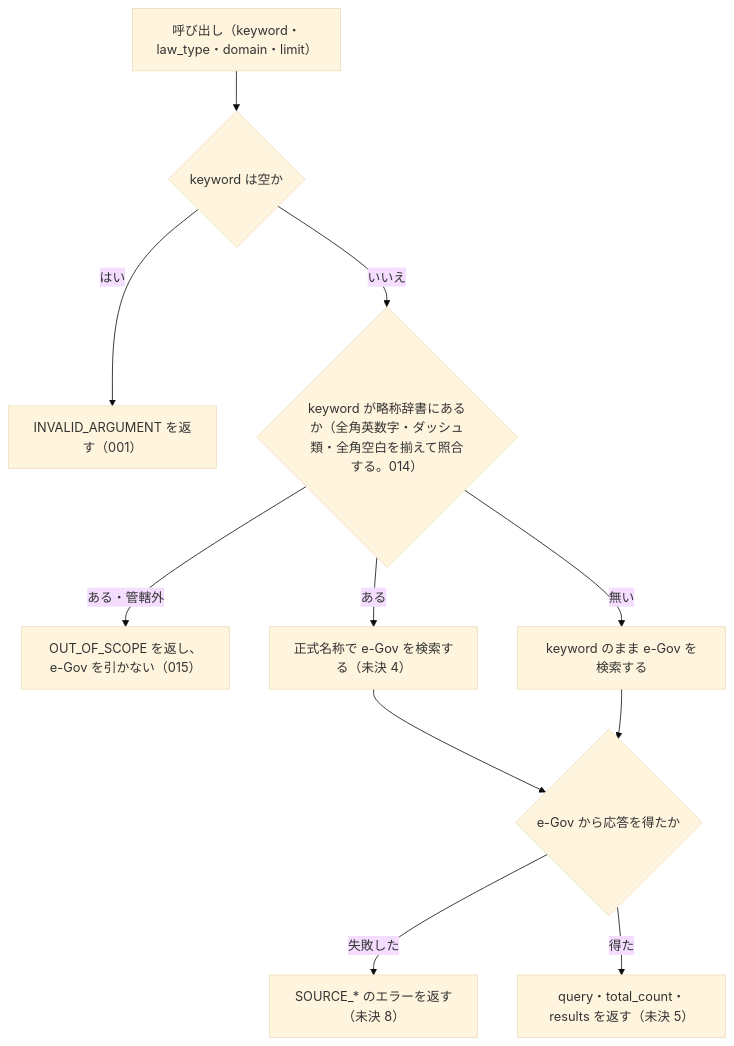
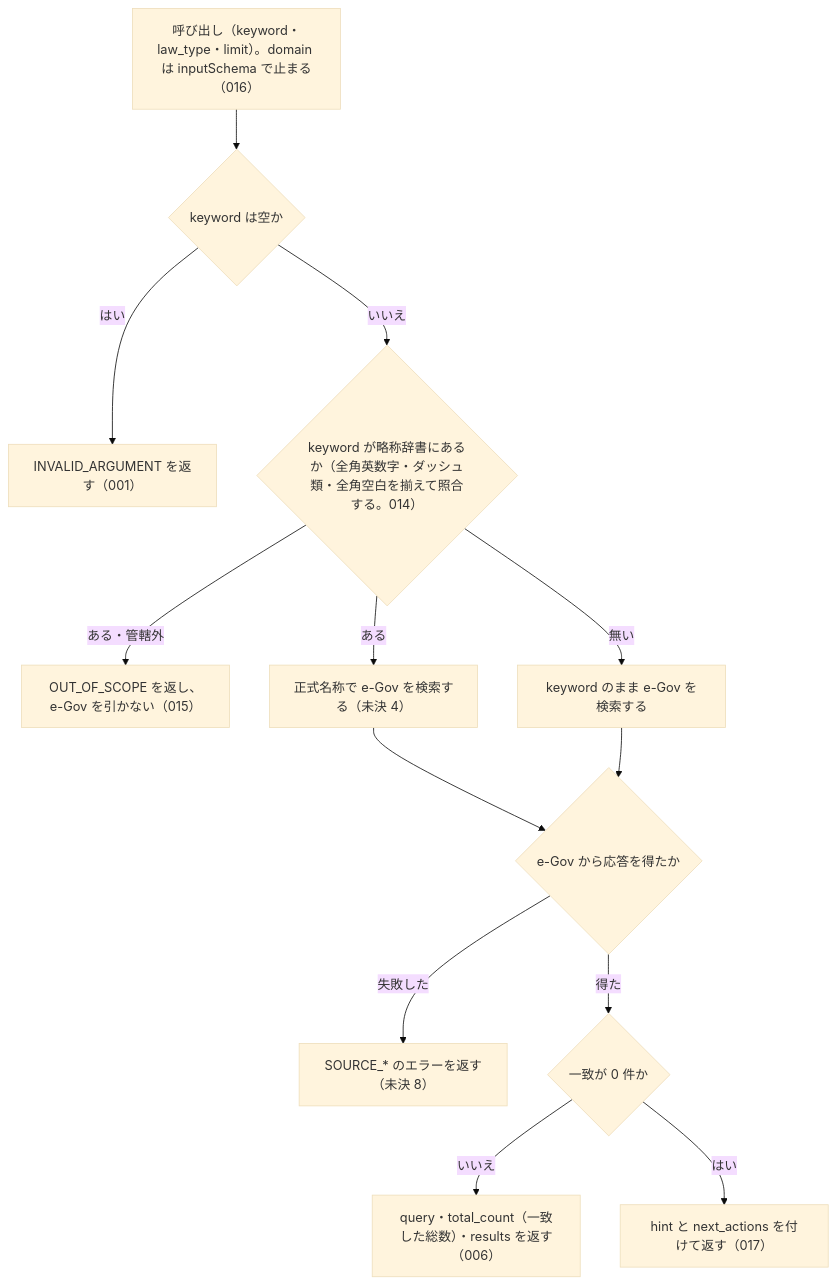
Before and after one commit to shuji-bonji/houki-egov-mcp: the diagram in specs/current/search_law/spec.md, drawn with Mermaid (base theme). The commit also changed other lines of this file and 35 other files, not shown here.

````diff
--- a/specs/current/search_law/spec.md
+++ b/specs/current/search_law/spec.md
@@ -29,13 +28,15 @@
 ```mermaid
 flowchart TD
-  A["呼び出し（keyword・law_type・domain・limit）"] --> B{"keyword は空か"}
+  A["呼び出し（keyword・law_type・limit）。domain は inputSchema で止まる（016）"] --> B{"keyword は空か"}
   B -- はい --> E1["INVALID_ARGUMENT を返す（001）"]
   B -- いいえ --> C{"keyword が略称辞書にあるか（全角英数字・ダッシュ類・全角空白を揃えて照合する。014）"}
   C -- "ある・管轄外" --> E3["OUT_OF_SCOPE を返し、e-Gov を引かない（015）"]
   C -- ある --> D["正式名称で e-Gov を検索する（未決 4）"]
   C -- 無い --> F["keyword のまま e-Gov を検索する"]
   D --> G{"e-Gov から応答を得たか"}
   F --> G
   G -- "失敗した" --> E2["SOURCE_* のエラーを返す（未決 8）"]
-  G -- 得た --> H["query・total_count・results を返す（未決 5）"]
+  G -- 得た --> H{"一致が 0 件か"}
+  H -- いいえ --> H1["query・total_count（一致した総数）・results を返す（006）"]
+  H -- はい --> H2["hint と next_actions を付けて返す（017）"]
 ```
````
